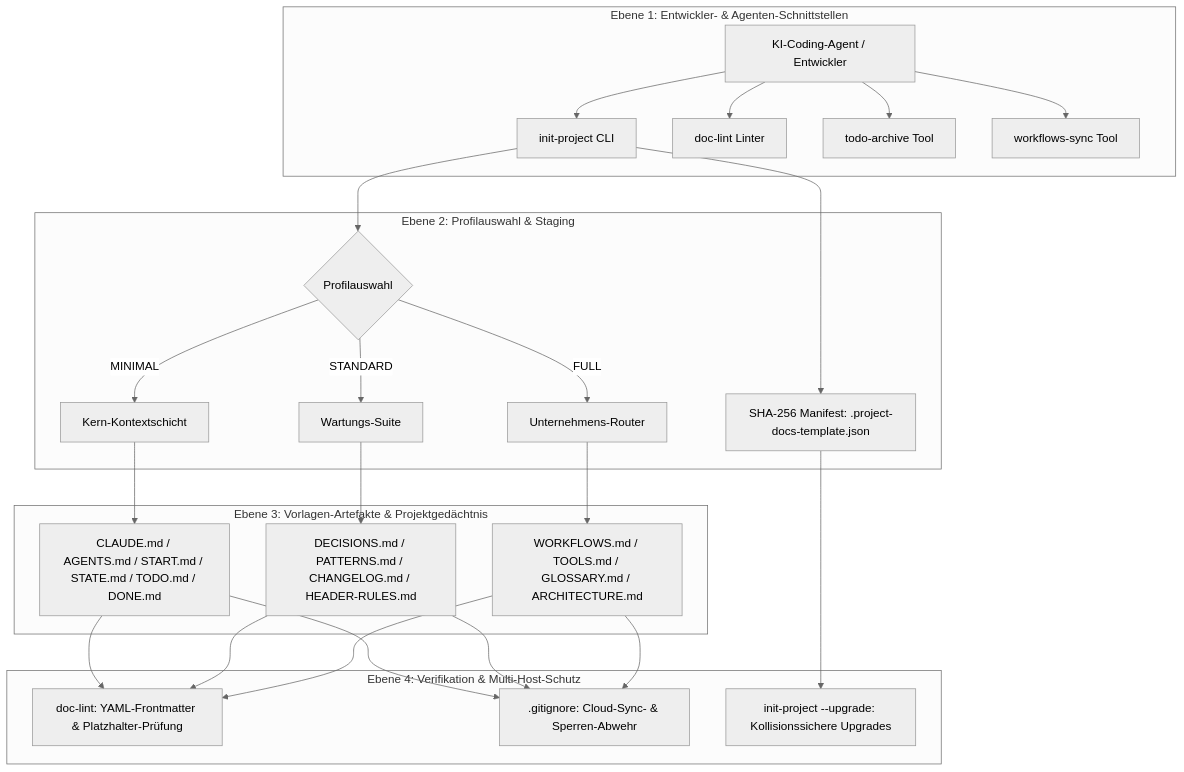
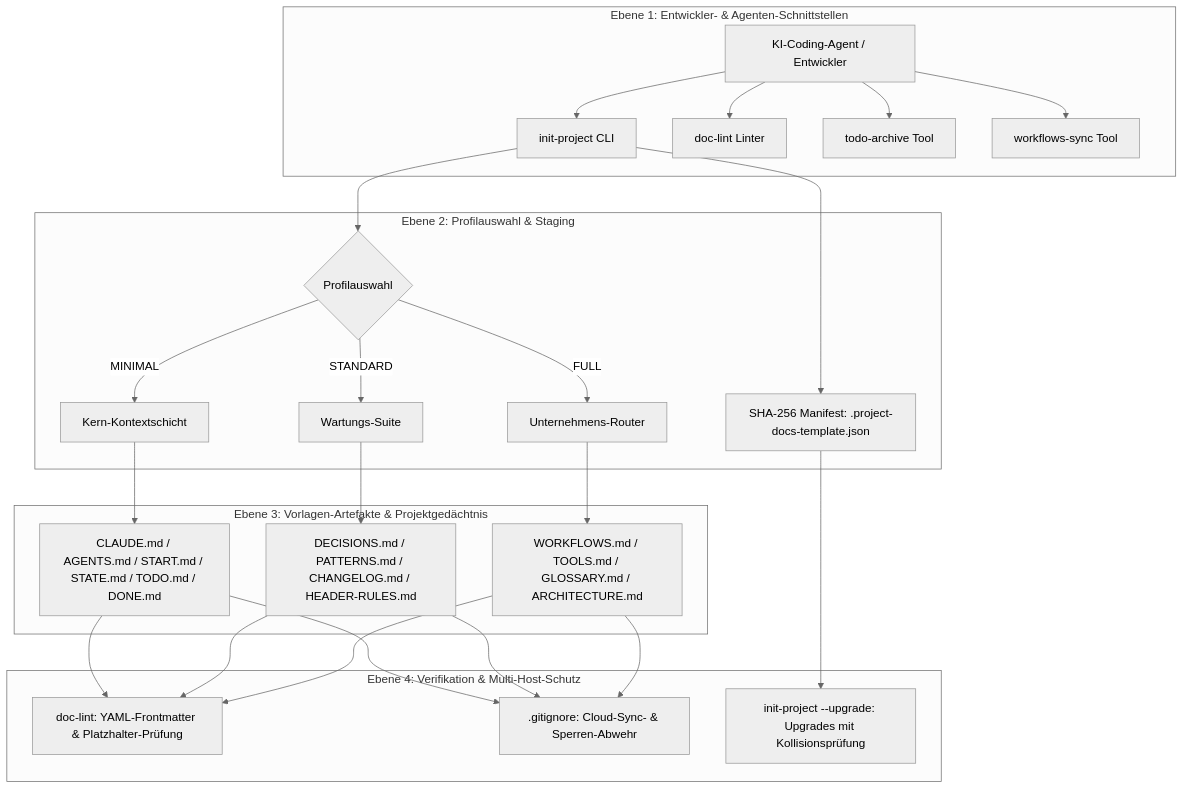
Before and after one commit to ellmos-ai/project-docs-template: the first of 2 diagrams in README_de.md, drawn with Mermaid (neutral theme). The commit also changed other lines of this file and 6 other files, not shown here.

````diff
--- a/README_de.md
+++ b/README_de.md
@@ -78,29 +80,29 @@
 ```mermaid
 flowchart TD
     subgraph T1["Ebene 1: Entwickler- & Agenten-Schnittstellen"]
         A["KI-Coding-Agent / Entwickler"] --> B["init-project CLI"]
         A --> C["doc-lint Linter"]
         A --> D["todo-archive Tool"]
         A --> E["workflows-sync Tool"]
     end
 
     subgraph T2["Ebene 2: Profilauswahl & Staging"]
         B --> F{"Profilauswahl"}
         F -->|MINIMAL| G["Kern-Kontextschicht"]
         F -->|STANDARD| H["Wartungs-Suite"]
         F -->|FULL| I["Unternehmens-Router"]
         B --> J["SHA-256 Manifest: .project-docs-template.json"]
     end
 
     subgraph T3["Ebene 3: Vorlagen-Artefakte & Projektgedächtnis"]
         G --> K["CLAUDE.md / AGENTS.md / START.md / STATE.md / TODO.md / DONE.md"]
         H --> L["DECISIONS.md / PATTERNS.md / CHANGELOG.md / HEADER-RULES.md"]
         I --> M["WORKFLOWS.md / TOOLS.md / GLOSSARY.md / ARCHITECTURE.md"]
     end
 
     subgraph T4["Ebene 4: Verifikation & Multi-Host-Schutz"]
         K & L & M --> N["doc-lint: YAML-Frontmatter & Platzhalter-Prüfung"]
         K & L & M --> O[".gitignore: Cloud-Sync- & Sperren-Abwehr"]
-        J --> P["init-project --upgrade: Kollisionssichere Upgrades"]
+        J --> P["init-project --upgrade: Upgrades mit Kollisionsprüfung"]
     end
 ```
````
